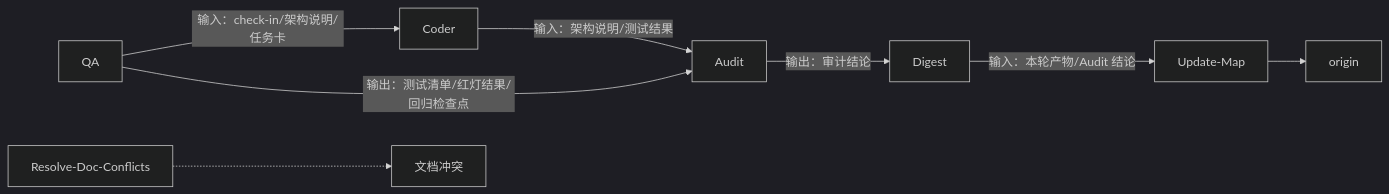
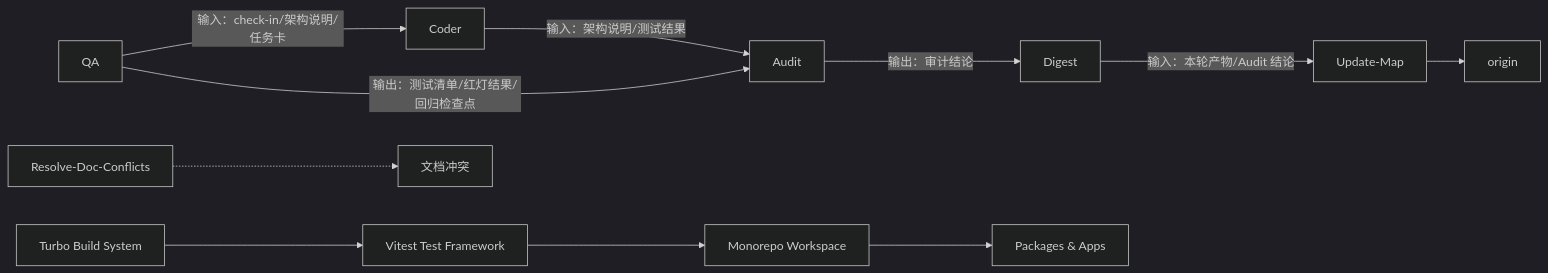
The fourth of 4 diagrams in .qoder/repowiki/zh/content/核心技能详解/架构与质量保证技能/质量保证技能 (QA).md (CryptoLinxu/Web3-AI-Agent), drawn with Mermaid (dark theme) before and after one commit. The commit also changed other lines of this file and 17 other files, not shown here.

````diff
--- a/.qoder/repowiki/zh/content/核心技能详解/架构与质量保证技能/质量保证技能 (QA).md
+++ b/.qoder/repowiki/zh/content/核心技能详解/架构与质量保证技能/质量保证技能 (QA).md
@@ -279,10 +384,13 @@
 ```mermaid
 graph LR
 QA["QA"] --> |输入：check-in/架构说明/任务卡| Coder["Coder"]
 QA --> |输出：测试清单/红灯结果/回归检查点| Audit["Audit"]
 Coder --> |输入：架构说明/测试结果| Audit
 Audit --> |输出：审计结论| Digest["Digest"]
 Digest --> |输入：本轮产物/Audit 结论| UpdateMap["Update-Map"]
 UpdateMap --> Origin["origin"]
 ResolveDoc["Resolve-Doc-Conflicts"] -.-> Docs["文档冲突"]
+Turbo["Turbo Build System"] --> Vitest["Vitest Test Framework"]
+Vitest --> Monorepo["Monorepo Workspace"]
+Monorepo --> Packages["Packages & Apps"]
 ```
````
